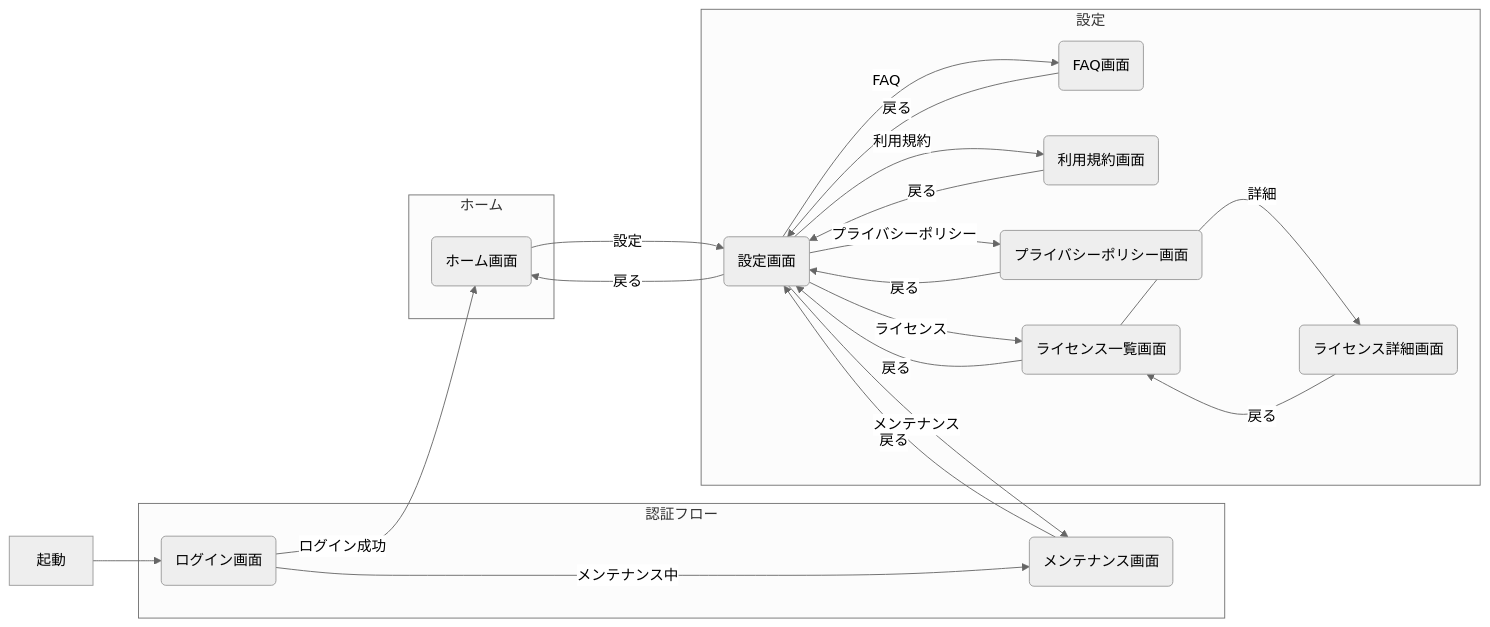
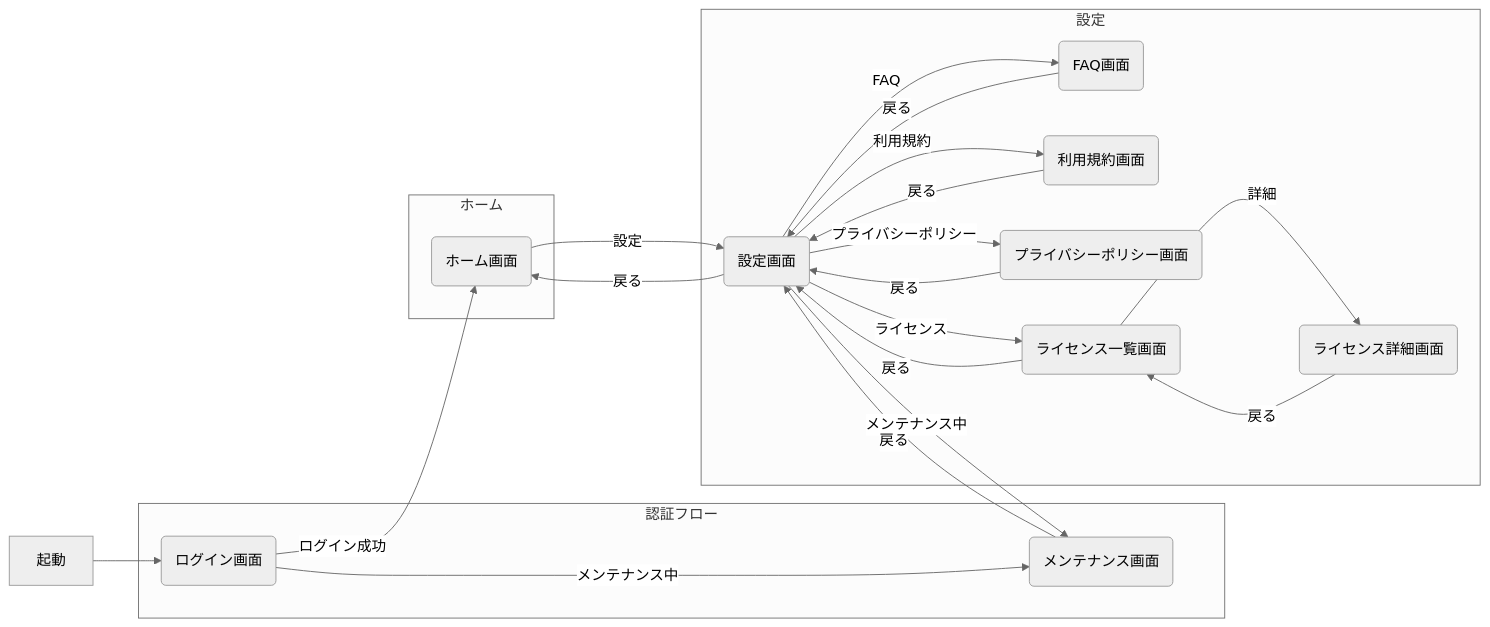
Before and after one commit to yumemi-inc/flutter-mobile-project-docs-template: the first of 5 diagrams in docs/template/screen_flow/screen_flow.md, drawn with Mermaid (neutral theme). The commit also changed 2 other files, not shown here.

Commit message:
fix: メンテナンス表記の統一 - 各画面遷移図において「メンテナンス」を「メンテナンス中」に修正し、表記を統一しました。

````diff
--- a/docs/template/screen_flow/screen_flow.md
+++ b/docs/template/screen_flow/screen_flow.md
@@ -80,41 +80,41 @@
 ```mermaid
 graph LR
     A[起動] --> SC001(ログイン画面)
     SC001 -- "ログイン成功" --> SC002(ホーム画面)
     SC001 -- "メンテナンス中" --> SC009(メンテナンス画面)
     
     SC002 -- "設定" --> SC003(設定画面)
     SC003 -- "戻る" --> SC002
     SC003 -- "FAQ" --> SC004(FAQ画面)
     SC003 -- "利用規約" --> SC005(利用規約画面)
     SC003 -- "プライバシーポリシー" --> SC006(プライバシーポリシー画面)
     SC003 -- "ライセンス" --> SC007(ライセンス一覧画面)
-    SC003 -- "メンテナンス" --> SC009
+    SC003 -- "メンテナンス中" --> SC009
     
     SC004 -- "戻る" --> SC003
     SC005 -- "戻る" --> SC003
     SC006 -- "戻る" --> SC003
     SC007 -- "戻る" --> SC003
     SC007 -- "詳細" --> SC008(ライセンス詳細画面)
     SC008 -- "戻る" --> SC007
     SC009 -- "戻る" --> SC003
     
     %% サブグラフを使用して関連画面をグループ化
     subgraph 認証フロー
         SC001
         SC009
     end
     
     subgraph ホーム
         SC002
     end
     
     subgraph 設定
         SC003
         SC004
         SC005
         SC006
         SC007
         SC008
     end
 ```
````
